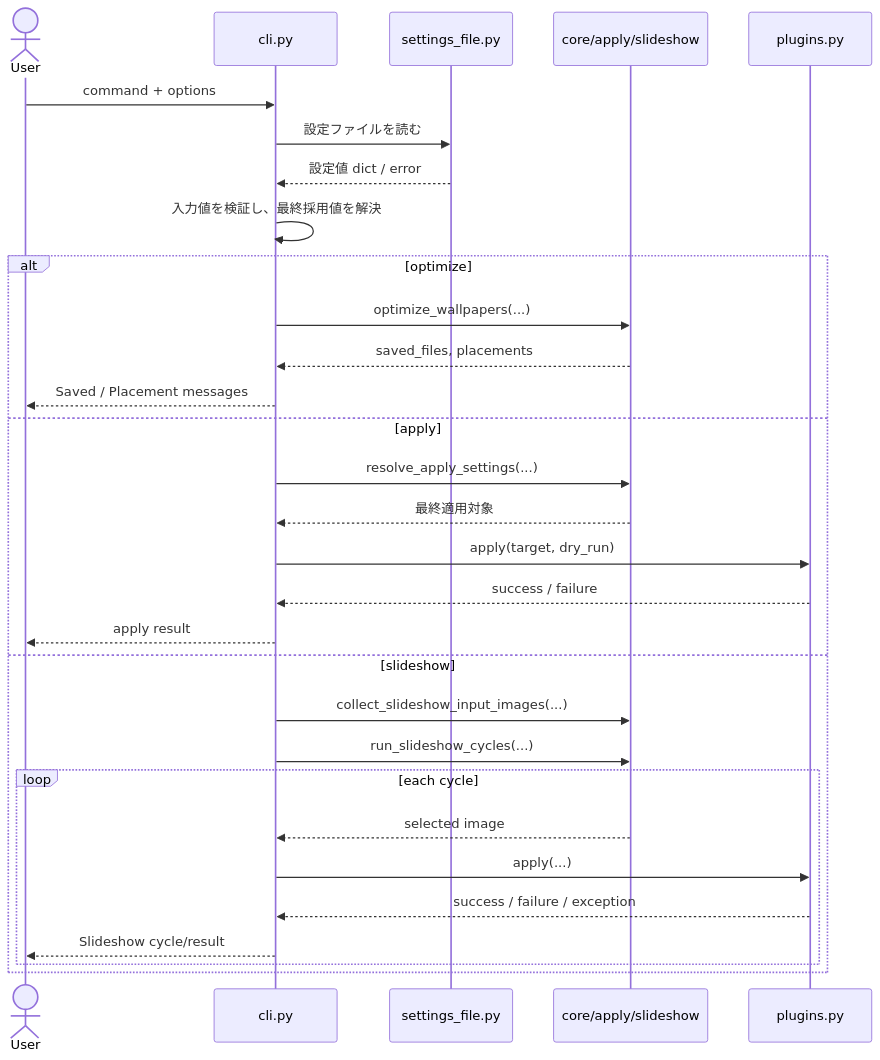
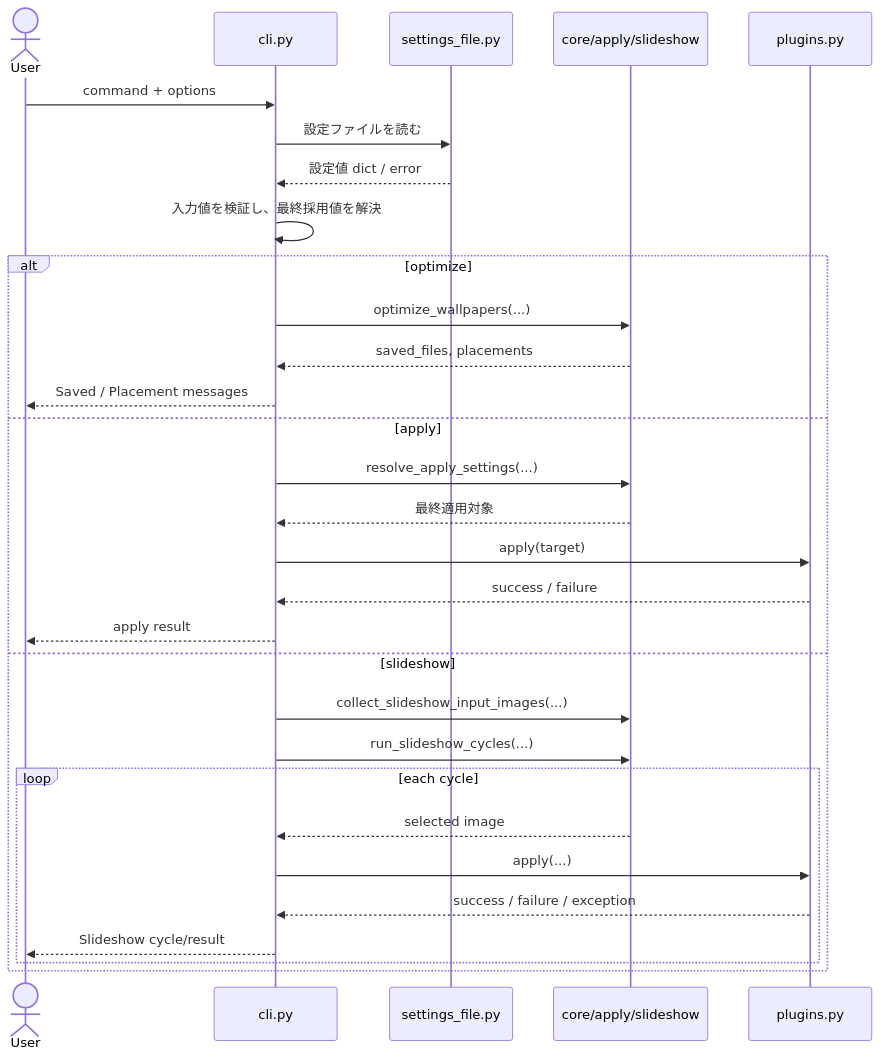
The diagram in docs/specs/cli/harite-cli-spec.md (oggy8021/Harite), drawn with Mermaid before and after one commit. The commit also changed other lines of this file and 41 other files, not shown here.

````diff
--- a/docs/specs/cli/harite-cli-spec.md
+++ b/docs/specs/cli/harite-cli-spec.md
@@ -28,34 +28,34 @@
 ```mermaid
 sequenceDiagram
     actor User
     participant CLI as cli.py
     participant SettingsFile as settings_file.py
     participant Core as core/apply/slideshow
     participant Plugin as plugins.py
 
     User->>CLI: command + options
     CLI->>SettingsFile: 設定ファイルを読む
     SettingsFile-->>CLI: 設定値 dict / error
     CLI->>CLI: 入力値を検証し、最終採用値を解決
 
     alt optimize
         CLI->>Core: optimize_wallpapers(...)
         Core-->>CLI: saved_files, placements
         CLI-->>User: Saved / Placement messages
     else apply
         CLI->>Core: resolve_apply_settings(...)
         Core-->>CLI: 最終適用対象
-        CLI->>Plugin: apply(target, dry_run)
+        CLI->>Plugin: apply(target)
         Plugin-->>CLI: success / failure
         CLI-->>User: apply result
     else slideshow
         CLI->>Core: collect_slideshow_input_images(...)
         CLI->>Core: run_slideshow_cycles(...)
         loop each cycle
             Core-->>CLI: selected image
             CLI->>Plugin: apply(...)
             Plugin-->>CLI: success / failure / exception
             CLI-->>User: Slideshow cycle/result
         end
     end
 ```
````
